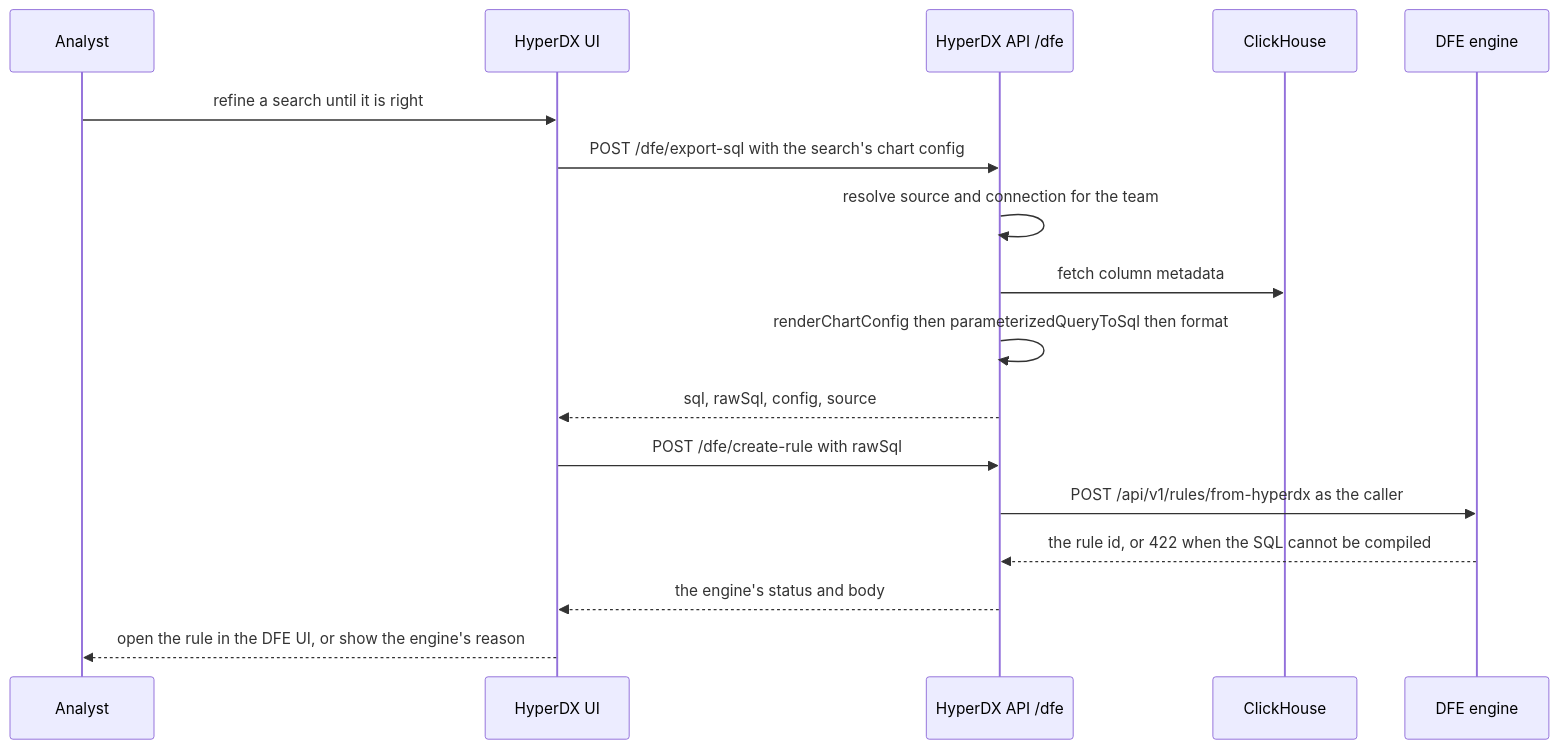
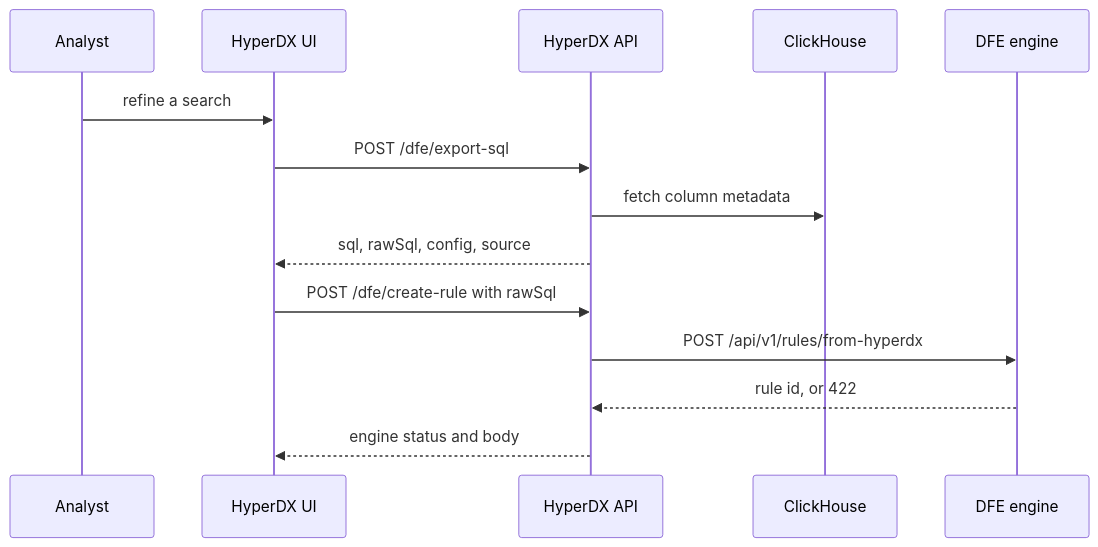
One commit to hyperi-io/dfe-hyperdx changed the diagram in docs/architecture/query-to-rule-pipeline.md. Above: the diagram before and after it, drawn with Mermaid. The commit also changed other lines of this file and 24 other files, not shown here.

First line of the commit message:
docs(hyperdx): fix claims and redraw the fork docs diagrams

````diff
--- a/docs/architecture/query-to-rule-pipeline.md
+++ b/docs/architecture/query-to-rule-pipeline.md
@@ -14,20 +17,19 @@
 ```mermaid
 sequenceDiagram
+    accTitle: L4 Detail -- Search to rule
+    accDescr: The analyst refines a search. The UI asks the API to export it, and the API reads column metadata from ClickHouse and returns the rendered SQL. The UI posts the raw SQL to create-rule, the API forwards it to the engine as the caller, and the engine's answer comes back to the UI.
     participant User as Analyst
     participant App as HyperDX UI
-    participant API as HyperDX API /dfe
+    participant API as HyperDX API
     participant CH as ClickHouse
     participant Engine as DFE engine
 
-    User->>App: refine a search until it is right
-    App->>API: POST /dfe/export-sql with the search's chart config
-    API->>API: resolve source and connection for the team
+    User->>App: refine a search
+    App->>API: POST /dfe/export-sql
     API->>CH: fetch column metadata
-    API->>API: renderChartConfig then parameterizedQueryToSql then format
     API-->>App: sql, rawSql, config, source
     App->>API: POST /dfe/create-rule with rawSql
-    API->>Engine: POST /api/v1/rules/from-hyperdx as the caller
-    Engine-->>API: the rule id, or 422 when the SQL cannot be compiled
-    API-->>App: the engine's status and body
-    App-->>User: open the rule in the DFE UI, or show the engine's reason
+    API->>Engine: POST /api/v1/rules/from-hyperdx
+    Engine-->>API: rule id, or 422
+    API-->>App: engine status and body
 ```
````
